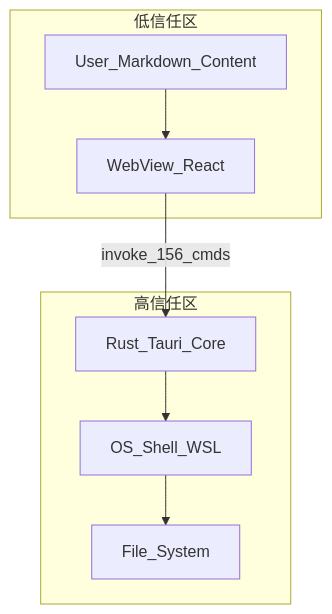
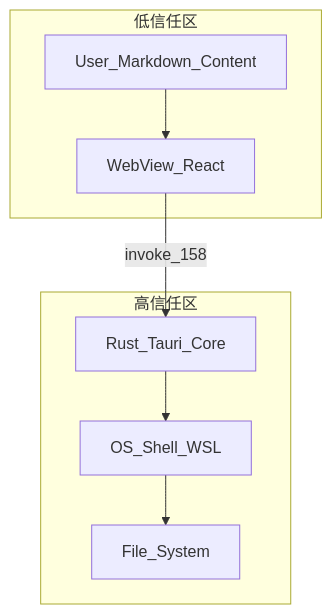
The second of 2 diagrams in AUDIT_REPORT.md (SkyCrown111/Hermes-Computer-Use), drawn with Mermaid before and after one commit. The commit also changed other lines of this file and 88 other files, not shown here.

````diff
--- a/AUDIT_REPORT.md
+++ b/AUDIT_REPORT.md
@@ -221,16 +240,16 @@
 ```mermaid
 flowchart TB
   subgraph trusted [高信任区]
     Rust[Rust_Tauri_Core]
     Shell[OS_Shell_WSL]
     FS[File_System]
   end
   subgraph untrusted [低信任区]
     WebView[WebView_React]
     Markdown[User_Markdown_Content]
   end
-  WebView -->|invoke_156_cmds| Rust
+  WebView -->|invoke_158| Rust
   Rust --> Shell
   Shell --> FS
   Markdown --> WebView
 ```
````
